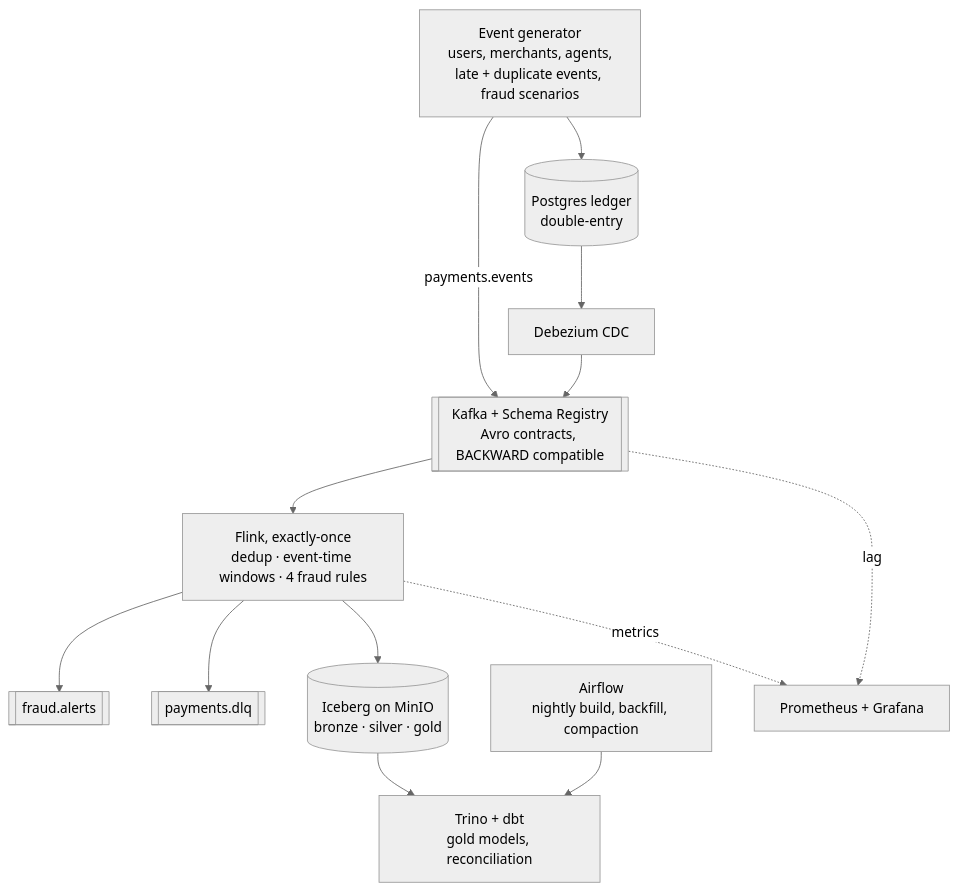
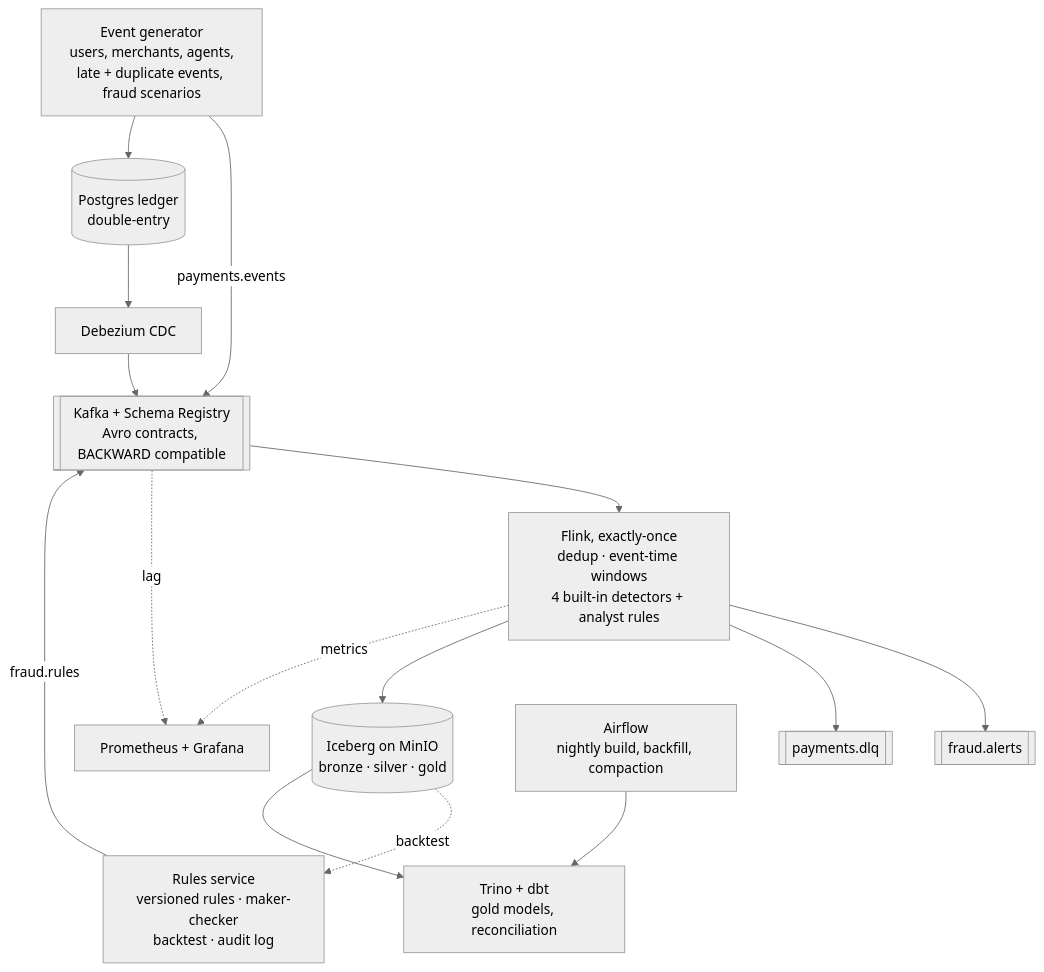
One commit to noushadbackup/paystream changed the diagram in README.md. Above: the diagram before and after it, drawn with Mermaid (neutral theme). The commit also changed other lines of this file and 70 other files, not shown here.

First line of the commit message:
Add analyst rules: hot-reloaded in Flink, governed by a rules service

````diff
--- a/README.md
+++ b/README.md
@@ -13,25 +13,28 @@
 ```mermaid
 flowchart TB
     gen[Event generator<br/>users, merchants, agents,<br/>late + duplicate events, fraud scenarios]
     pg[(Postgres ledger<br/>double-entry)]
     dbz[Debezium CDC]
     kafka[[Kafka + Schema Registry<br/>Avro contracts, BACKWARD compatible]]
-    flink[Flink, exactly-once<br/>dedup · event-time windows · 4 fraud rules]
+    flink[Flink, exactly-once<br/>dedup · event-time windows<br/>4 built-in detectors + analyst rules]
+    rules[Rules service<br/>versioned rules · maker-checker<br/>backtest · audit log]
     alerts[[fraud.alerts]]
     dlq[[payments.dlq]]
     lake[(Iceberg on MinIO<br/>bronze · silver · gold)]
     trino[Trino + dbt<br/>gold models, reconciliation]
     airflow[Airflow<br/>nightly build, backfill, compaction]
     obs[Prometheus + Grafana]
 
+    rules -->|fraud.rules| kafka
+    lake -.backtest.-> rules
     gen -->|payments.events| kafka
     gen --> pg --> dbz --> kafka
     kafka --> flink
     flink --> alerts
     flink --> dlq
     flink --> lake
     lake --> trino
     airflow --> trino
     flink -.metrics.-> obs
     kafka -.lag.-> obs
 ```
````
